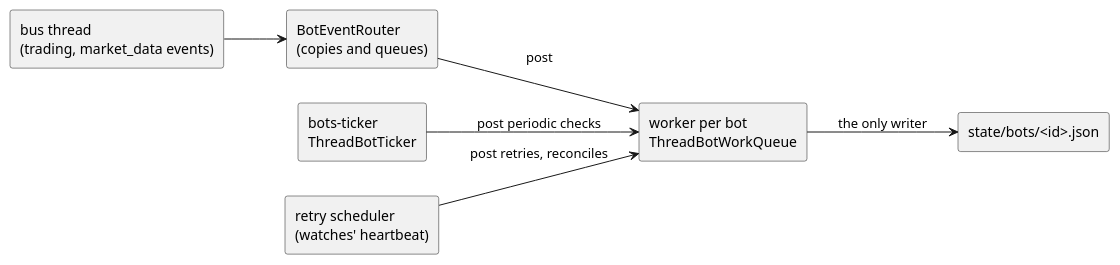
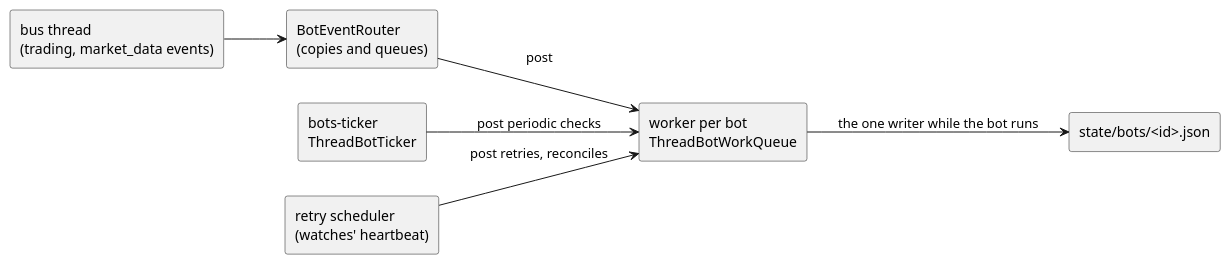
The diagram in Docs/MODULES/bots/diagrams/07-threads.puml (anhembedded/Sagittarius_Elite_Warrior), drawn with PlantUML before and after one commit. The commit also changed other lines of this file and 16 other files, not shown here.

```diff
--- a/Docs/MODULES/bots/diagrams/07-threads.puml
+++ b/Docs/MODULES/bots/diagrams/07-threads.puml
@@ -3,15 +3,15 @@
 @startuml 07-threads
 skinparam componentStyle rectangle
 left to right direction
 [bus thread\n(trading, market_data events)] as BUS
 [BotEventRouter\n(copies and queues)] as RT
 [worker per bot\nThreadBotWorkQueue] as W
 [bots-ticker\nThreadBotTicker] as TK
 [retry scheduler\n(watches' heartbeat)] as SC
 [state/bots/<id>.json] as F
 BUS --> RT
 RT --> W : post
 TK --> W : post periodic checks
 SC --> W : post retries, reconciles
-W --> F : the only writer
+W --> F : the one writer while the bot runs
 @enduml
```
